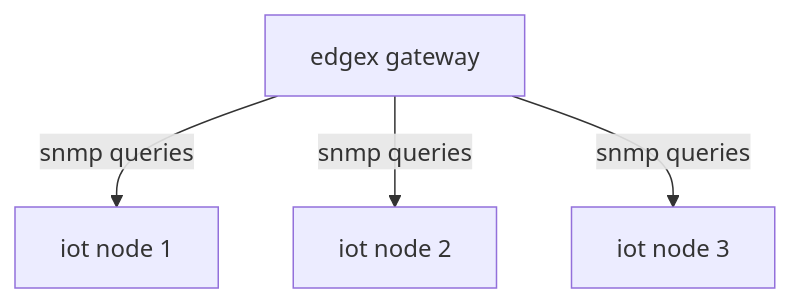
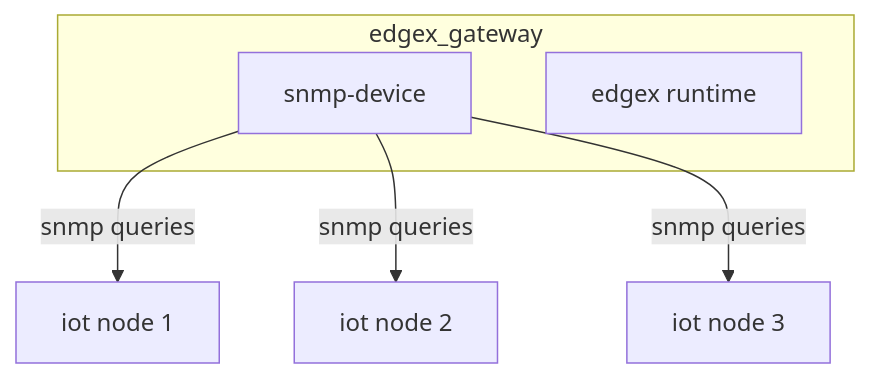
Before and after one commit to carnivuth/edgex_iot_simulation: the diagram in readme.md, drawn with Mermaid. The commit also changed other lines of this file and 2 other files, not shown here.

Commit message:
refactor in preflight and provision

````diff
--- a/readme.md
+++ b/readme.md
@@ -9,8 +9,11 @@
 ```mermaid
 flowchart TD
-A[edgex gateway]
+subgraph edgex_gateway
+A[snmp-device]
+E[edgex runtime]
+end
 B[iot node 1]
 C[iot node 2]
 D[iot node 3]
 A --snmp queries--> B & C & D
 ```
````
